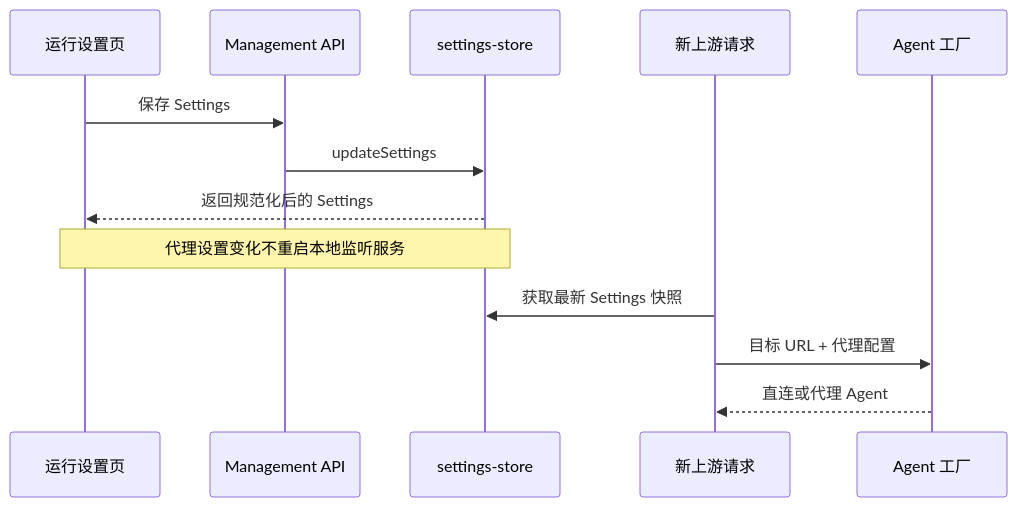
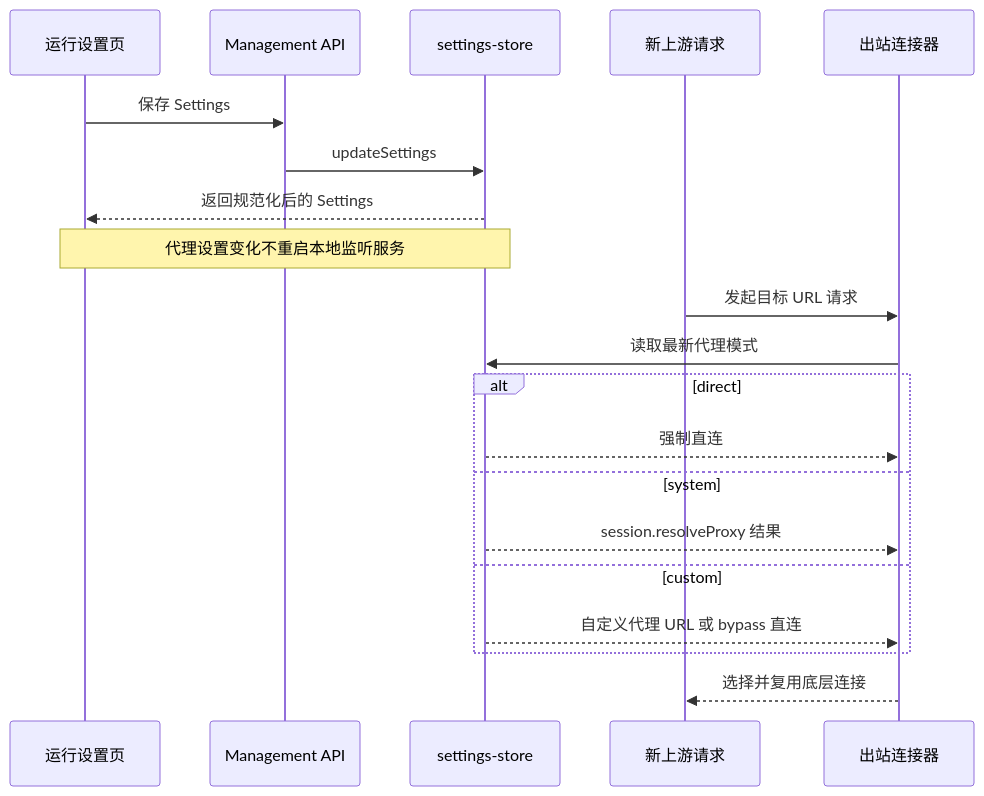
The second of 2 diagrams in product/outbound-proxy.md (yinxulai/one-switch), drawn with Mermaid before and after one commit. The commit also changed other lines of this file and 1 other file, not shown here.

Commit message:
docs(outbound-proxy): define proxy modes and credential handling

````diff
--- a/product/outbound-proxy.md
+++ b/product/outbound-proxy.md
@@ -312,16 +322,23 @@
 ```mermaid
 sequenceDiagram
     participant UI as 运行设置页
     participant API as Management API
     participant Store as settings-store
     participant Request as 新上游请求
-    participant Agent as Agent 工厂
+    participant Connector as 出站连接器
 
     UI->>API: 保存 Settings
     API->>Store: updateSettings
     Store-->>UI: 返回规范化后的 Settings
     Note over UI,Store: 代理设置变化不重启本地监听服务
-    Request->>Store: 获取最新 Settings 快照
-    Request->>Agent: 目标 URL + 代理配置
-    Agent-->>Request: 直连或代理 Agent
+    Request->>Connector: 发起目标 URL 请求
+    Connector->>Store: 读取最新代理模式
+    alt direct
+        Store-->>Connector: 强制直连
+    else system
+        Store-->>Connector: session.resolveProxy 结果
+    else custom
+        Store-->>Connector: 自定义代理 URL 或 bypass 直连
+    end
+    Connector-->>Request: 选择并复用底层连接
 ```
````
